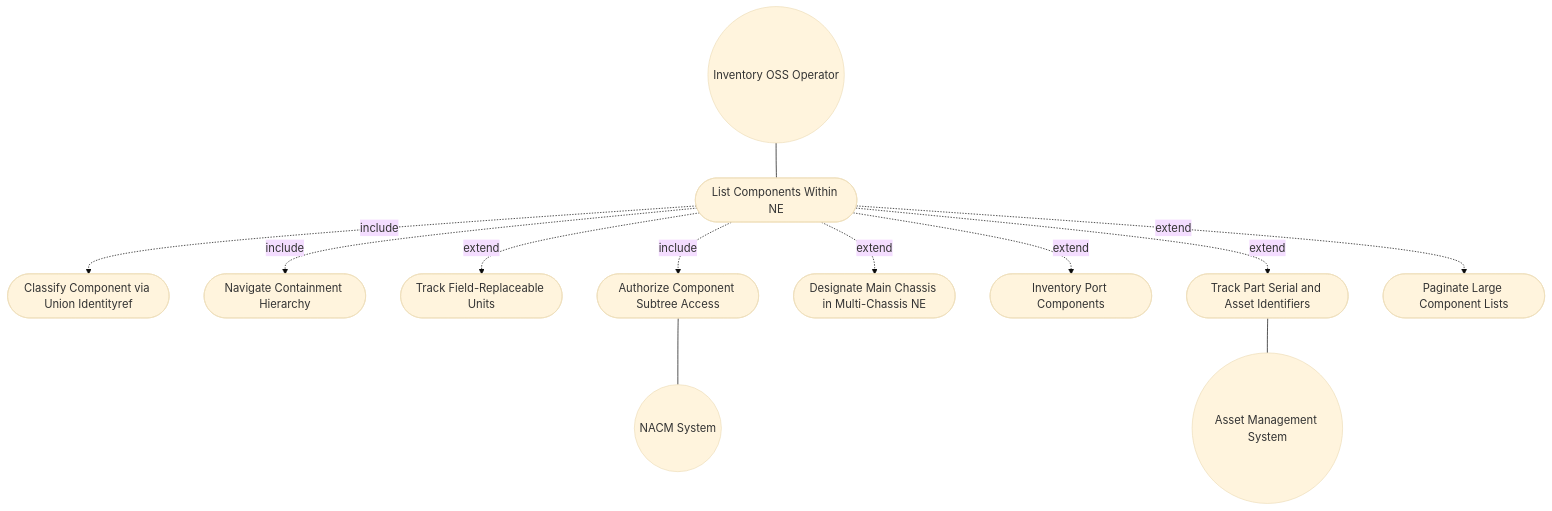
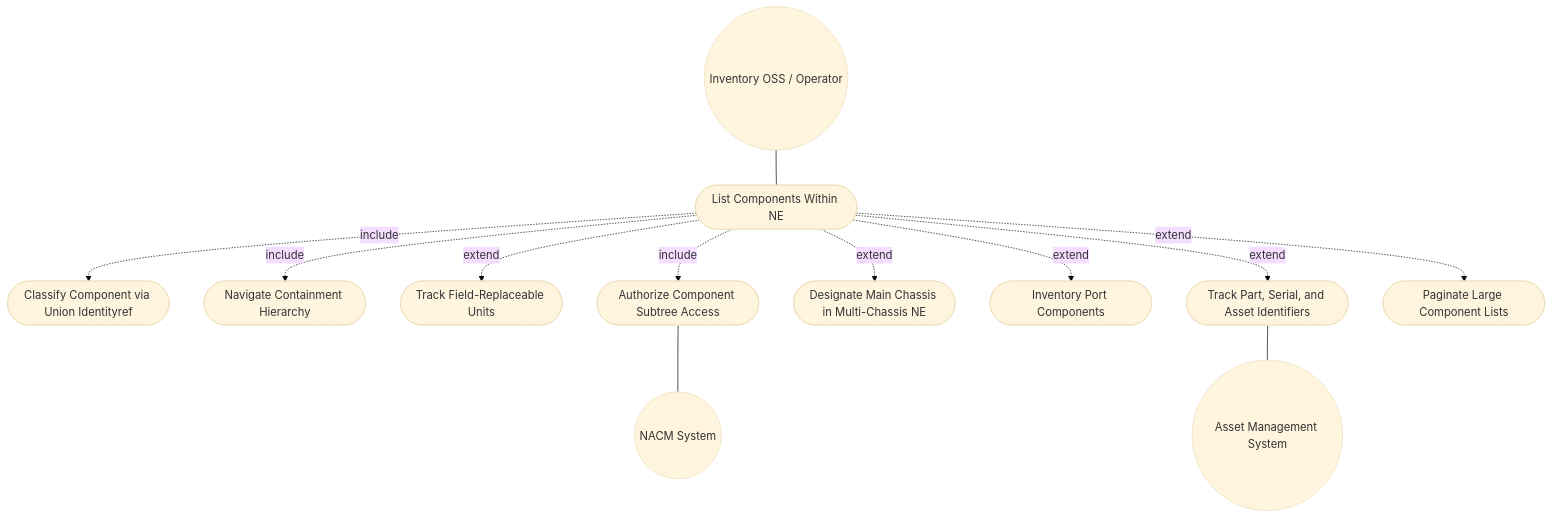
Before and after one commit to gintatkinson/3dgs-030: the first of 2 diagrams in docs/use-cases/uc-13-component-inventory.md, drawn with Mermaid (base theme). The commit also changed other lines of this file and 27 other files, not shown here.

First line of the commit message:
fix: recover Mermaid diagrams from git history, apply rendering fixes, sync to GitHub

````diff
--- a/docs/use-cases/uc-13-component-inventory.md
+++ b/docs/use-cases/uc-13-component-inventory.md
@@ -175,23 +175,23 @@
 ```mermaid
 graph TD
-    UC_ListComp([List Components Within NE])
-    UC_ClassComp([Classify Component via Union Identityref])
-    UC_Hierarchy([Navigate Containment Hierarchy])
-    UC_FRU([Track Field-Replaceable Units])
-    UC_Asset([Track Part Serial and Asset Identifiers])
-    UC_MultiChassis([Designate Main Chassis in Multi-Chassis NE])
-    UC_PortInv([Inventory Port Components])
-    UC_AuthComp([Authorize Component Subtree Access])
-    UC_Paginate([Paginate Large Component Lists])
-    Operator((Inventory OSS Operator)) --- UC_ListComp
-    UC_ListComp -. include .-> UC_ClassComp
-    UC_ListComp -. include .-> UC_Hierarchy
-    UC_ListComp -. include .-> UC_AuthComp
-    UC_ListComp -. extend .-> UC_FRU
-    UC_ListComp -. extend .-> UC_Asset
-    UC_ListComp -. extend .-> UC_MultiChassis
-    UC_ListComp -. extend .-> UC_PortInv
-    UC_ListComp -. extend .-> UC_Paginate
+        UC_ListComp([List Components Within NE])
+        UC_ClassComp([Classify Component via Union Identityref])
+        UC_Hierarchy([Navigate Containment Hierarchy])
+        UC_FRU([Track Field-Replaceable Units])
+        UC_Asset([Track Part, Serial, and Asset Identifiers])
+        UC_MultiChassis([Designate Main Chassis in Multi-Chassis NE])
+        UC_PortInv([Inventory Port Components])
+        UC_AuthComp([Authorize Component Subtree Access])
+        UC_Paginate([Paginate Large Component Lists])
+    Operator((Inventory OSS / Operator)) --- UC_ListComp
+    UC_ListComp -. "include" .-> UC_ClassComp
+    UC_ListComp -. "include" .-> UC_Hierarchy
+    UC_ListComp -. "include" .-> UC_AuthComp
+    UC_ListComp -. "extend" .-> UC_FRU
+    UC_ListComp -. "extend" .-> UC_Asset
+    UC_ListComp -. "extend" .-> UC_MultiChassis
+    UC_ListComp -. "extend" .-> UC_PortInv
+    UC_ListComp -. "extend" .-> UC_Paginate
     UC_AuthComp --- NACM((NACM System))
     UC_Asset --- AssetSys((Asset Management System))
 ```
````
